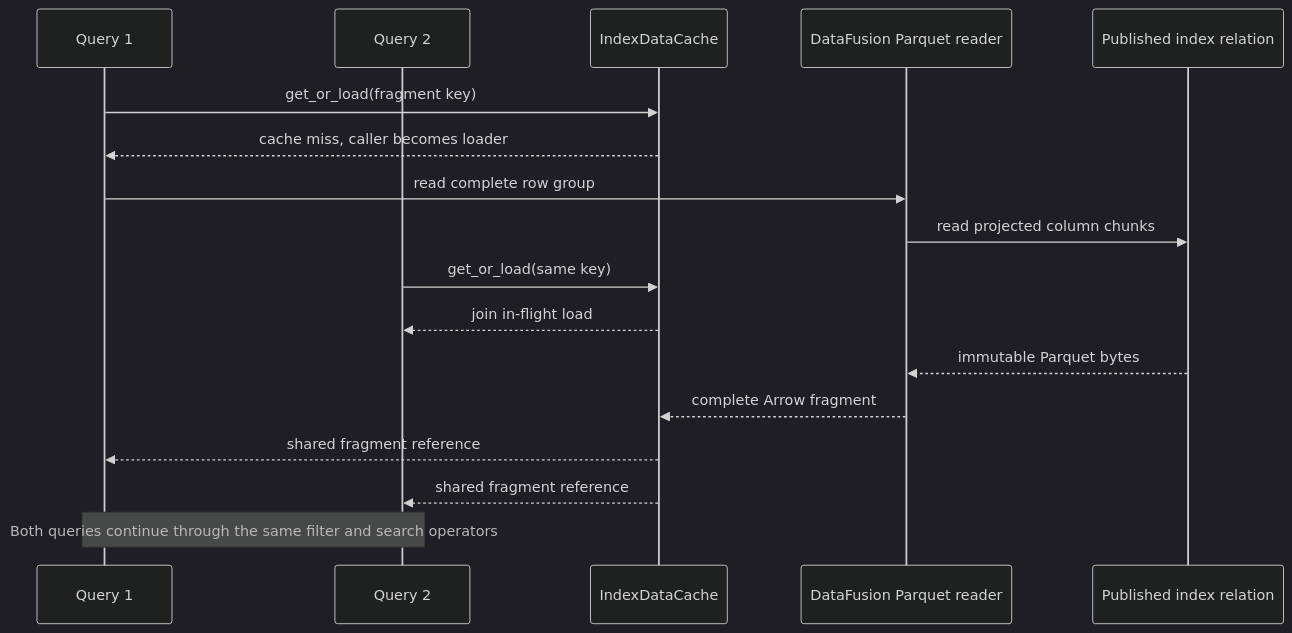
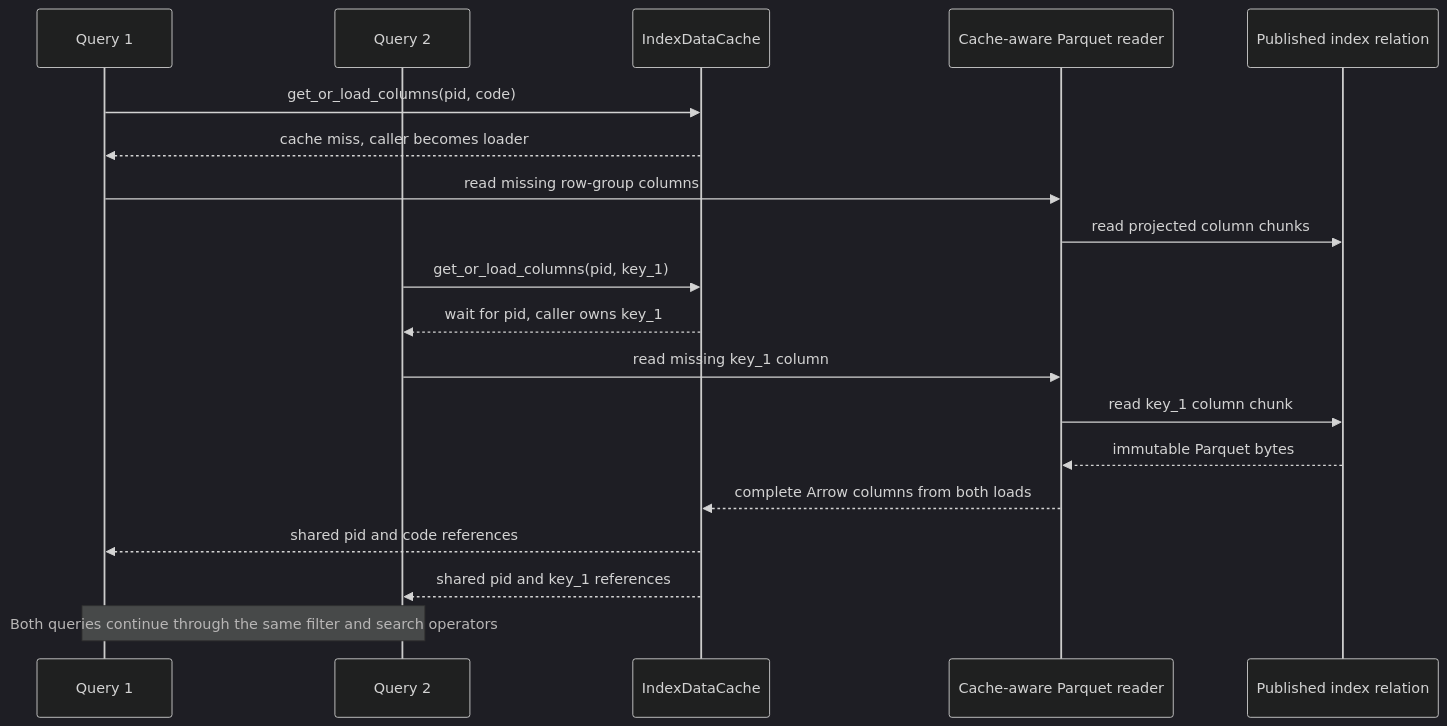
Before and after one commit to parqdb-io/parqdb: the second of 3 diagrams in docs/rfcs/20260808-index-data-cache.md, drawn with Mermaid (dark theme). The commit also changed other lines of this file, not shown here.

Commit message:
docs(rfc): refine decoded column cache design

````diff
--- a/docs/rfcs/20260808-index-data-cache.md
+++ b/docs/rfcs/20260808-index-data-cache.md
@@ -315,23 +386,25 @@
 ```mermaid
 sequenceDiagram
     participant Q1 as Query 1
     participant Q2 as Query 2
     participant C as IndexDataCache
-    participant R as DataFusion Parquet reader
+    participant R as Cache-aware Parquet reader
     participant S as Published index relation
 
-    Q1->>C: get_or_load(fragment key)
+    Q1->>C: get_or_load_columns(pid, code)
     C-->>Q1: cache miss, caller becomes loader
-    Q1->>R: read complete row group
+    Q1->>R: read missing row-group columns
     R->>S: read projected column chunks
 
-    Q2->>C: get_or_load(same key)
-    C-->>Q2: join in-flight load
+    Q2->>C: get_or_load_columns(pid, key_1)
+    C-->>Q2: wait for pid, caller owns key_1
+    Q2->>R: read missing key_1 column
+    R->>S: read key_1 column chunk
 
     S-->>R: immutable Parquet bytes
-    R-->>C: complete Arrow fragment
-    C-->>Q1: shared fragment reference
-    C-->>Q2: shared fragment reference
+    R-->>C: complete Arrow columns from both loads
+    C-->>Q1: shared pid and code references
+    C-->>Q2: shared pid and key_1 references
 
     Note over Q1,Q2: Both queries continue through the same filter and search operators
 ```
````
